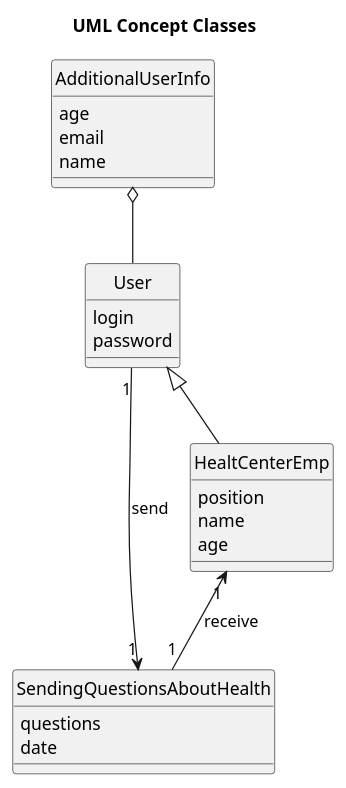
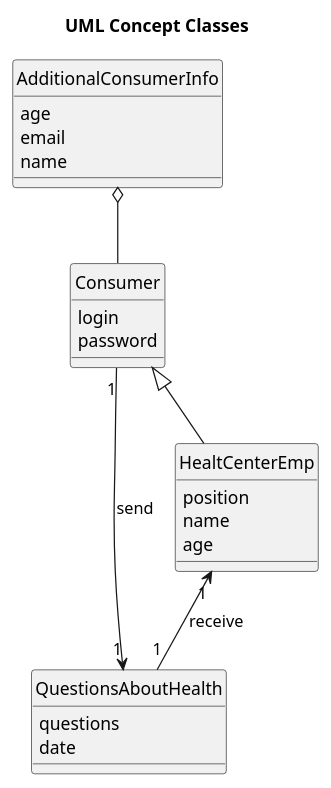
One commit to oleksandrblazhko/ai-211-el changed the diagram in 2-SoftwareDesign/2.7-PlantUML/UML-ConceptClasses.puml. Above: the diagram before and after it, drawn with PlantUML.

```diff
--- a/2-SoftwareDesign/2.7-PlantUML/UML-ConceptClasses.puml
+++ b/2-SoftwareDesign/2.7-PlantUML/UML-ConceptClasses.puml
@@ -1,36 +1,34 @@
 @startuml
-
 hide circle
 title UML Concept Classes
 
-Class User {
+Class Consumer {
     login
     password
 }
 
-CLass AdditionalUserInfo {
+CLass AdditionalConsumerInfo {
     age
     email
     name
 }
 
-Class SendingQuestionsAboutHealth {
+Class QuestionsAboutHealth {
     questions
     date
 }
 
 Class HealtCenterEmp {
     position
     name 
     age 
 }
 
-User <|-- HealtCenterEmp
+Consumer <|-- HealtCenterEmp
 
-AdditionalUserInfo o-- User
+AdditionalConsumerInfo o-- Consumer
 
-User"1" --> "1"SendingQuestionsAboutHealth : send
+Consumer"1" --> "1"QuestionsAboutHealth : send
 
-HealtCenterEmp"1" <-- "1"SendingQuestionsAboutHealth : receive
-
+HealtCenterEmp"1" <-- "1"QuestionsAboutHealth : receive
 @enduml
```
